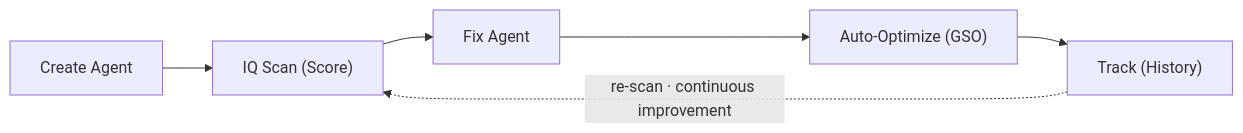
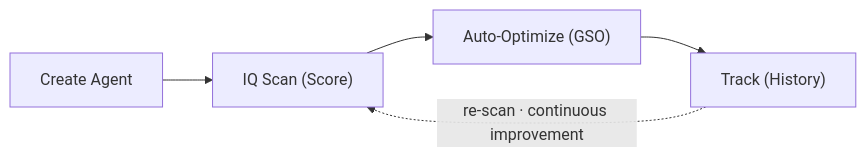
The diagram in docs/site/docs/getting-started/introduction.md (adgitdemo/databricks-genie-workbench), drawn with Mermaid before and after one commit. The commit also changed other lines of this file and 23 other files, not shown here.

````diff
--- a/docs/site/docs/getting-started/introduction.md
+++ b/docs/site/docs/getting-started/introduction.md
@@ -46,8 +46,7 @@
 ```mermaid
 flowchart LR
     Create["Create Agent"] --> Score["IQ Scan (Score)"]
-    Score --> Fix["Fix Agent"]
-    Fix --> Optimize["Auto-Optimize (GSO)"]
+    Score --> Optimize["Auto-Optimize (GSO)"]
     Optimize --> Track["Track (History)"]
     Track -. "re-scan · continuous improvement" .-> Score
 ```
````
